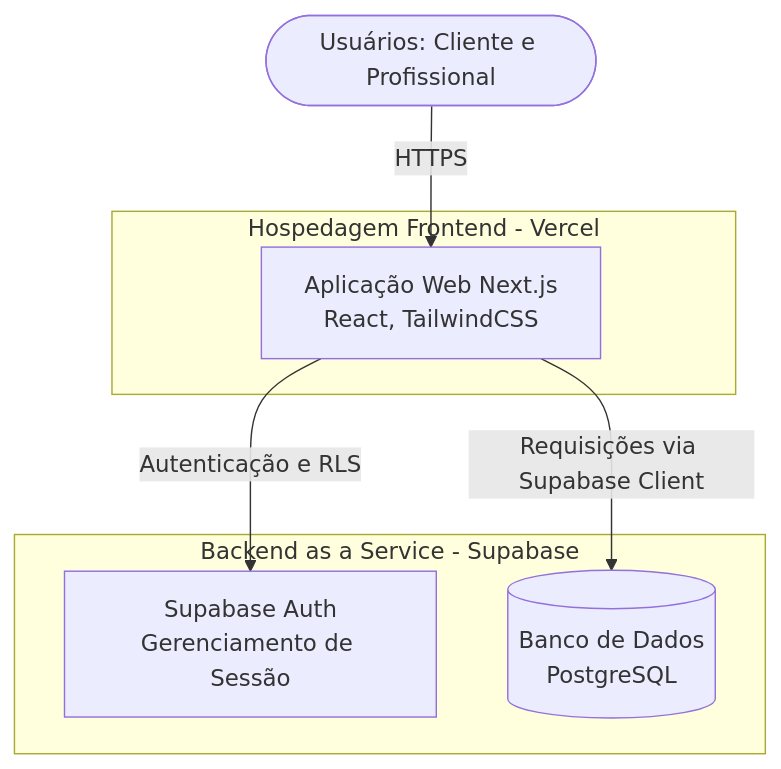
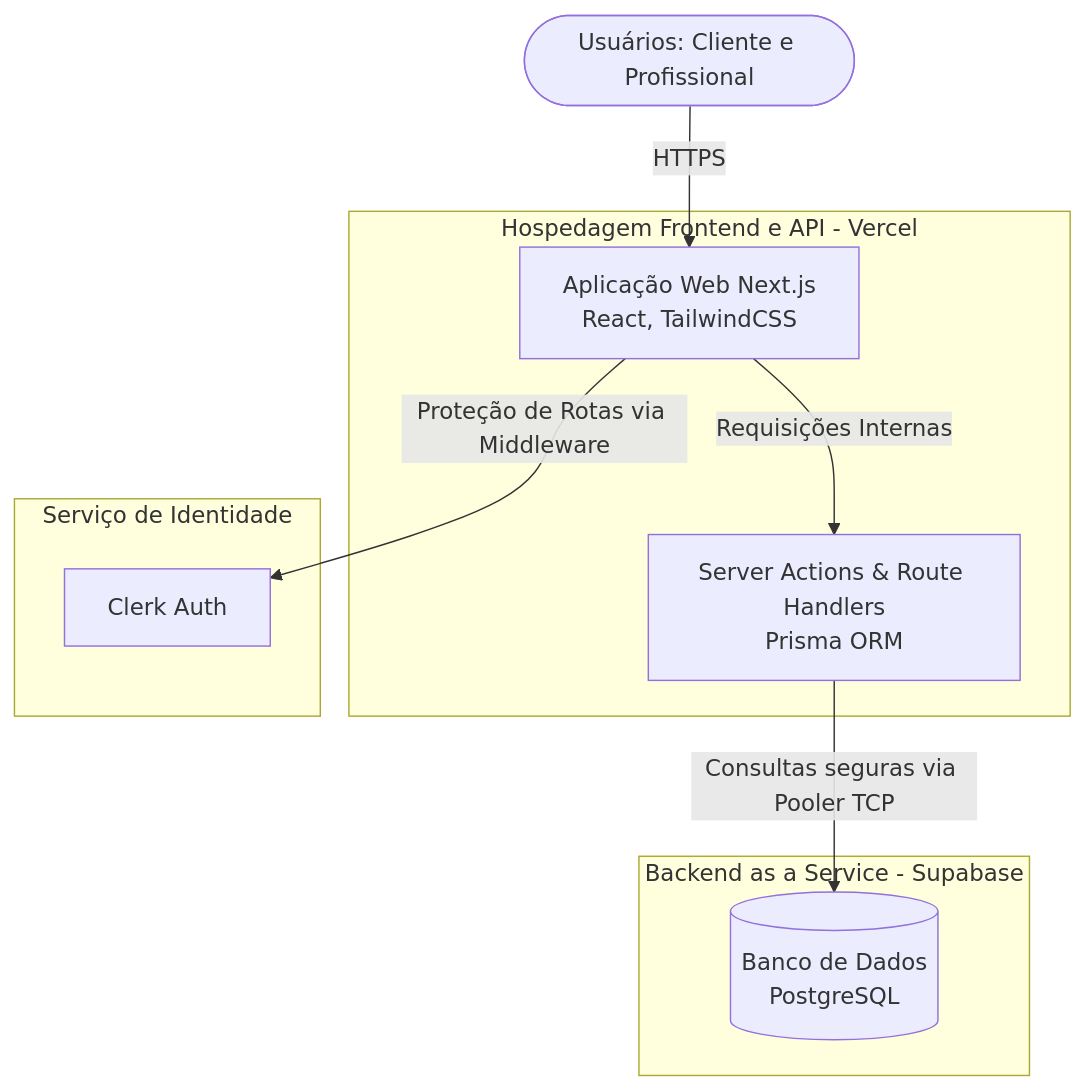
Before and after one commit to A-Mafioletti/Gerenciador-de-Agendamentos: the second of 5 diagrams in docs/c4_model.md, drawn with Mermaid. The commit also changed other lines of this file and 39 other files, not shown here.

````diff
--- a/docs/c4_model.md
+++ b/docs/c4_model.md
@@ -27,17 +31,22 @@
 ```mermaid
 flowchart TD
     Usuarios([Usuários: Cliente e Profissional])
     
-    subgraph Vercel [Hospedagem Frontend - Vercel]
+    subgraph Vercel [Hospedagem Frontend e API - Vercel]
         AppWeb[Aplicação Web Next.js\nReact, TailwindCSS]
+        API[Server Actions & Route Handlers\nPrisma ORM]
     end
     
+    subgraph ClerkCloud [Serviço de Identidade]
+        Auth[Clerk Auth]
+    end
+
     subgraph Supabase [Backend as a Service - Supabase]
-        Auth[Supabase Auth\nGerenciamento de Sessão]
         DB[(Banco de Dados\nPostgreSQL)]
     end
 
     Usuarios -->|HTTPS| AppWeb
-    AppWeb -->|Autenticação e RLS| Auth
-    AppWeb -->|Requisições via Supabase Client| DB
+    AppWeb -->|Proteção de Rotas via Middleware| Auth
+    AppWeb -->|Requisições Internas| API
+    API -->|Consultas seguras via Pooler TCP| DB
 ```
````
